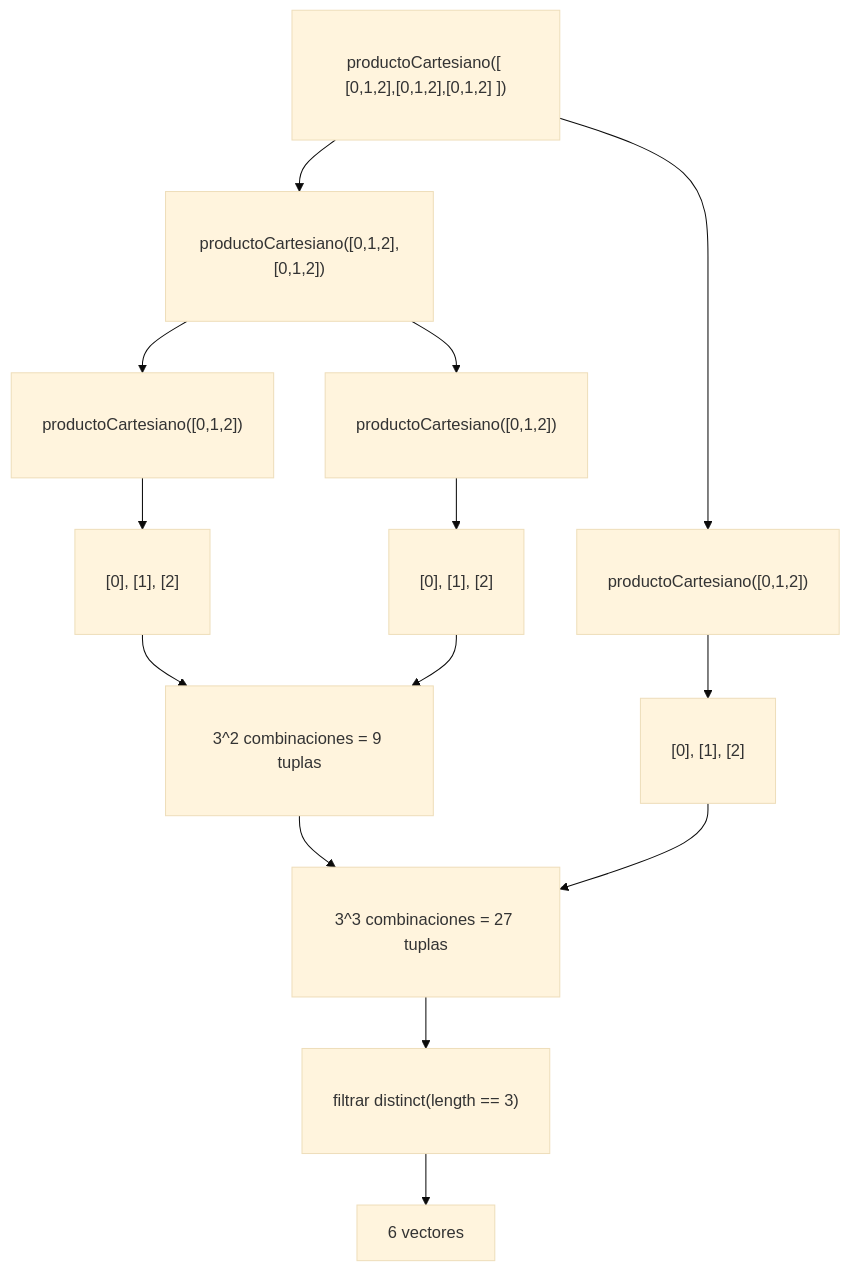
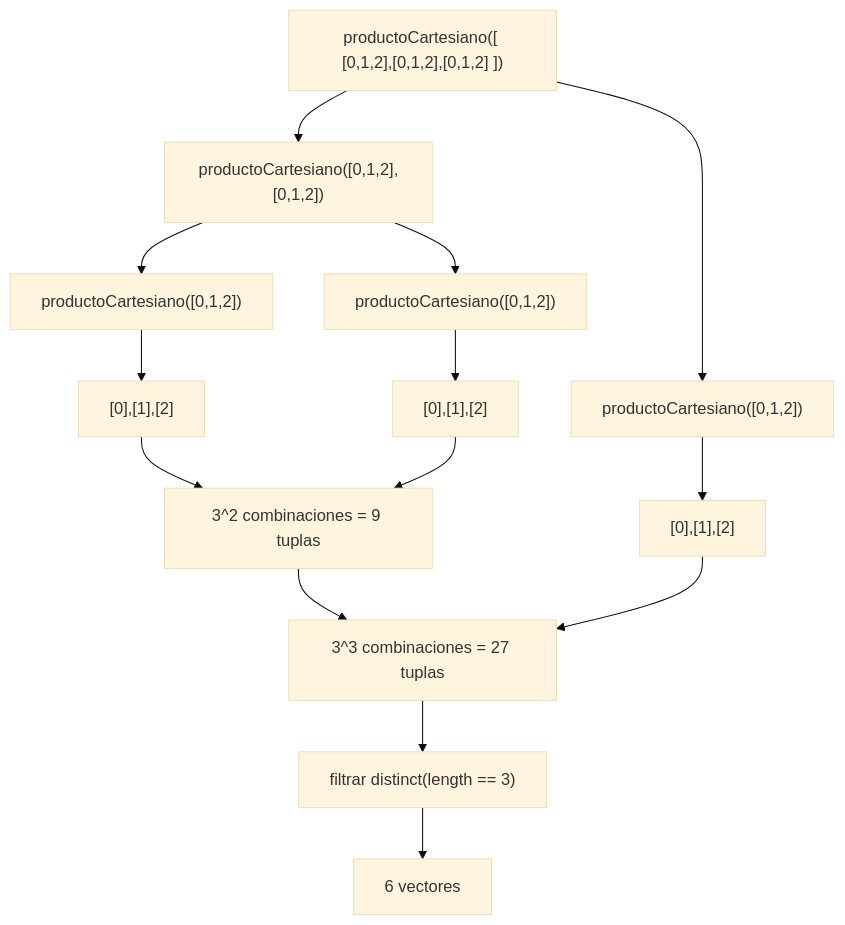
One commit to 2025-II-PFC-FLP/proyecto-final-pfc-2025-ii-master-final changed the fifth of 5 diagrams in docs/informeProceso.md. Above: the diagram before and after it, drawn with Mermaid (base theme).

Commit message:
ajustes diagrama proceso generarProgramacionesRiegoPar

`````diff
--- a/docs/informeProceso.md
+++ b/docs/informeProceso.md
@@ -489,27 +489,24 @@
 ````mermaid
 graph TD
   %% nodos
-  classDef big padding:20px;
+  Root["productoCartesiano([ [0,1,2],[0,1,2],[0,1,2] ])"]
   
-  Root["productoCartesiano([ [0,1,2],[0,1,2],[0,1,2] ])"]:::big
-  
-  Root --> IZQ["productoCartesiano([0,1,2])"]:::big
-  Root --> DER["productoCartesiano([0,1,2],[0,1,2])"]:::big
+  Root --> IZQ["productoCartesiano([0,1,2])"]
+  Root --> DER["productoCartesiano([0,1,2],[0,1,2])"]
 
-  DER --> DER1["productoCartesiano([0,1,2])"]:::big
-  DER --> DER2["productoCartesiano([0,1,2])"]:::big
+  DER --> DER1["productoCartesiano([0,1,2])"]
+  DER --> DER2["productoCartesiano([0,1,2])"]
 
-  IZQ --> BaseIZQ["[0], [1], [2]"]:::big
-  DER1 --> BaseDER1["[0], [1], [2]"]:::big
-  DER2 --> BaseDER2["[0], [1], [2]"]:::big
+  IZQ --> BaseIZQ["[0],[1],[2]"]
+  DER1 --> BaseDER1["[0],[1],[2]"]
+  DER2 --> BaseDER2["[0],[1],[2]"]
 
-  BaseDER1 --> CombDER["3^2 combinaciones = 9 tuplas"]:::big
+  BaseDER1 --> CombDER["3^2 combinaciones = 9 tuplas"]
   BaseDER2 --> CombDER
 
-  CombDER --> CombROOT["3^3 combinaciones = 27 tuplas"]:::big
+  CombDER --> CombROOT["3^3 combinaciones = 27 tuplas"]
   BaseIZQ --> CombROOT
-  
   %% resultado
-  CombROOT --> Filter["filtrar distinct(length == 3)"]:::big
+  CombROOT --> Filter["filtrar distinct(length == 3)"]
   Filter --> Res["6 vectores"]
 ````
`````
